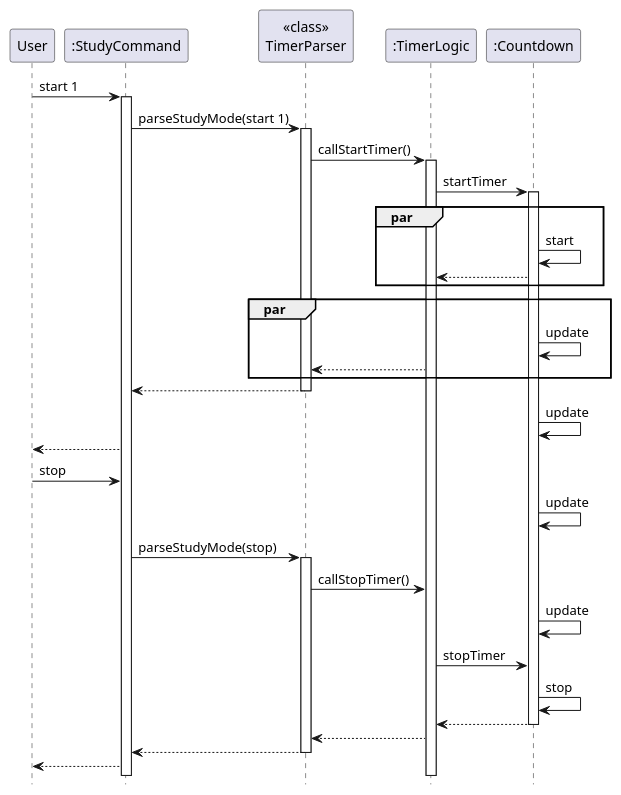
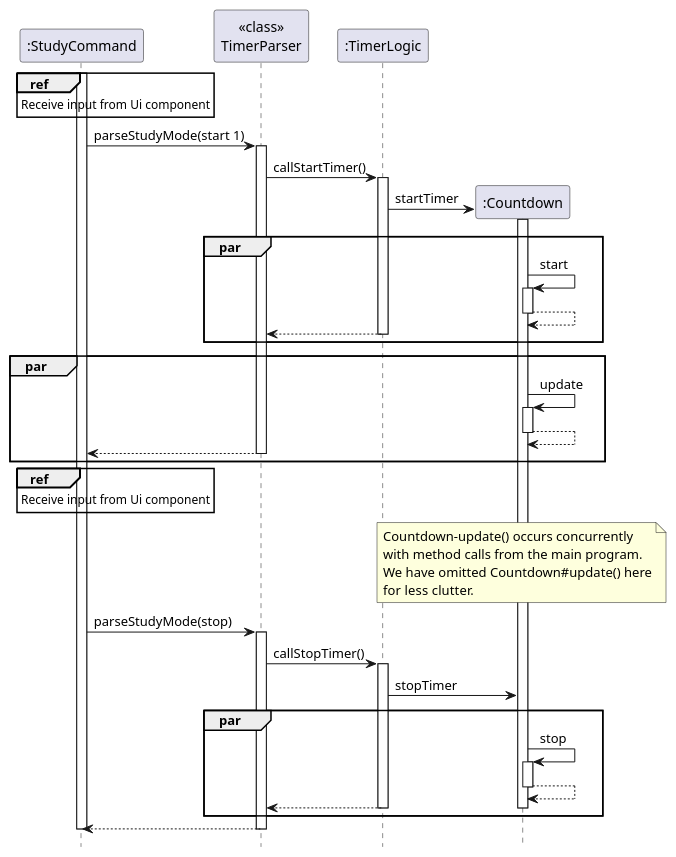
Before and after one commit to nus-cs2113-AY2122S2/tp: the diagram in docs/puml/TimerClassSD.puml, drawn with PlantUML. The commit also changed 2 other files, not shown here.

Commit message:
Update Timer diagrams in Developer guide

```diff
--- a/docs/puml/TimerClassSD.puml
+++ b/docs/puml/TimerClassSD.puml
@@ -1,57 +1,77 @@
 @startuml
 
 hide footbox
-participant User
 participant StudyCommand as ":StudyCommand"
 participant Parser as "<<class>>\nTimerParser"
 participant TimerLogic as ":TimerLogic"
 participant Timer as ":Countdown"
 
-User -> StudyCommand: start 1
 activate StudyCommand
+ref over StudyCommand
+Receive input from Ui component
+end
 
 StudyCommand -> Parser: parseStudyMode(start 1)
 activate Parser
 
 Parser -> TimerLogic: callStartTimer()
 activate TimerLogic
 
+create Timer
 TimerLogic -> Timer: startTimer
 activate Timer
 
 par
 Timer -> Timer: start
-Timer --> TimerLogic
+activate Timer
+Timer --> Timer
+deactivate Timer
+
+TimerLogic --> Parser
+deactivate TimerLogic
 end
 
 par
 Timer -> Timer: update
+activate Timer
+Timer --> Timer
+deactivate Timer
+Parser --> StudyCommand
+deactivate Parser
+end
+
+ref over StudyCommand
+Receive input from Ui component
+end
+
+note over Timer
+Countdown-update() occurs concurrently
+with method calls from the main program.
+We have omitted Countdown#update() here
+for less clutter.
+end note
+
+StudyCommand -> Parser: parseStudyMode(stop)
+activate Parser
+
+Parser -> TimerLogic: callStopTimer()
+activate TimerLogic
+
+TimerLogic -> Timer: stopTimer
+
+par
+Timer -> Timer: stop
+activate Timer
+Timer --> Timer
+deactivate Timer
+
 TimerLogic --> Parser
+deactivate Timer
+deactivate TimerLogic
 end
 
 Parser --> StudyCommand
 deactivate Parser
 
-Timer -> Timer: update
-StudyCommand --> User
-User -> StudyCommand: stop
-Timer -> Timer: update
-
-StudyCommand -> Parser: parseStudyMode(stop)
-activate Parser
-
-Parser -> TimerLogic: callStopTimer()
-Timer -> Timer: update
-TimerLogic -> Timer: stopTimer
-Timer -> Timer: stop
-
-Timer --> TimerLogic
-deactivate Timer
-
-TimerLogic --> Parser
-
-Parser --> StudyCommand
-deactivate Parser
-
-StudyCommand --> User
+deactivate StudyCommand
 @enduml
```
